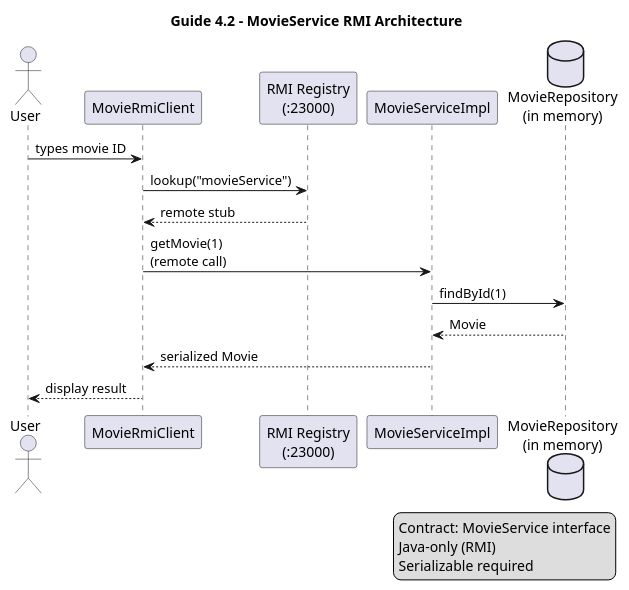
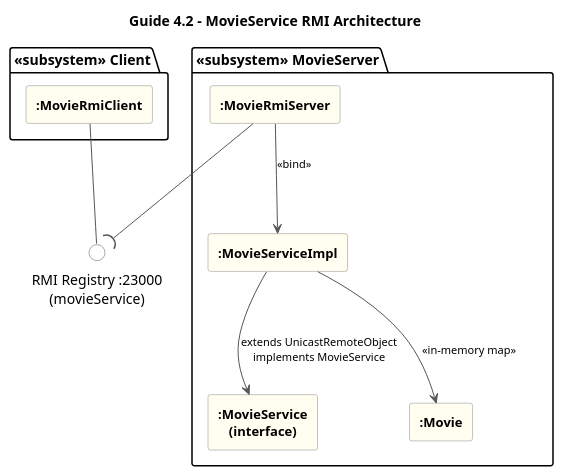
The diagram in docs/diagrams/guide4_2_architecture.puml (Juank-1030/Lab03-Arquitecturas-ARSW), drawn with PlantUML before and after one commit. The commit also changed 175 other files, not shown here.

Commit message:
implementacion final, diagramas, contexto de los diagramas, correcciones minimas en codigos, version 1.4

```diff
--- a/docs/diagrams/guide4_2_architecture.puml
+++ b/docs/diagrams/guide4_2_architecture.puml
@@ -1,25 +1,57 @@
 @startuml
+skinparam componentStyle rectangle
+skinparam backgroundColor white
+skinparam defaultTextAlignment center
+
+skinparam component {
+  BackgroundColor #FFFEF0
+  BorderColor #888888
+  FontSize 13
+  FontStyle bold
+  ArrowColor #555555
+}
+
+skinparam interface {
+  BackgroundColor white
+  BorderColor #555555
+}
+
+skinparam arrow {
+  Color #555555
+  FontSize 11
+}
+
 title Guide 4.2 - MovieService RMI Architecture
 
-actor "User" as user
-participant "MovieRmiClient" as client
-participant "RMI Registry\n(:23000)" as registry
-participant "MovieServiceImpl" as server
-database "MovieRepository\n(in memory)" as repo
+' Subsistemas
+package "«subsystem» Client" {
+  component ":MovieRmiClient" as Client
+}
 
-user -> client : types movie ID
-client -> registry : lookup("movieService")
-registry --> client : remote stub
-client -> server : getMovie(1)\n(remote call)
-server -> repo : findById(1)
-repo --> server : Movie
-server --> client : serialized Movie
-client --> user : display result
+package "«subsystem» MovieServer" {
+  component ":MovieRmiServer" as Server
+  component ":MovieServiceImpl" as ServiceImpl
+  component ":MovieService\n(interface)" as ServiceInterface
+  component ":Movie" as MovieModel
+}
 
-legend right
-  Contract: MovieService interface
-  Java-only (RMI)
-  Serializable required
-endlegend
+' Provided interfaces
+interface "RMI Registry :23000\n(movieService)" as IRmi
+
+' Conexiones (ball = provee, socket = requiere)
+' Server provee servicio RMI
+Server --( IRmi
+
+' Cliente requiere RMI
+Client -- IRmi
+
+' Server registra implementacion
+Server --> ServiceImpl : <<bind>>
+
+' ServiceImpl implementa interfaz remota
+ServiceImpl --> ServiceInterface : extends UnicastRemoteObject\nimplements MovieService
+
+' ServiceImpl contiene BD interna (Map)
+ServiceImpl --> MovieModel : <<in-memory map>>
 
 @enduml
```
